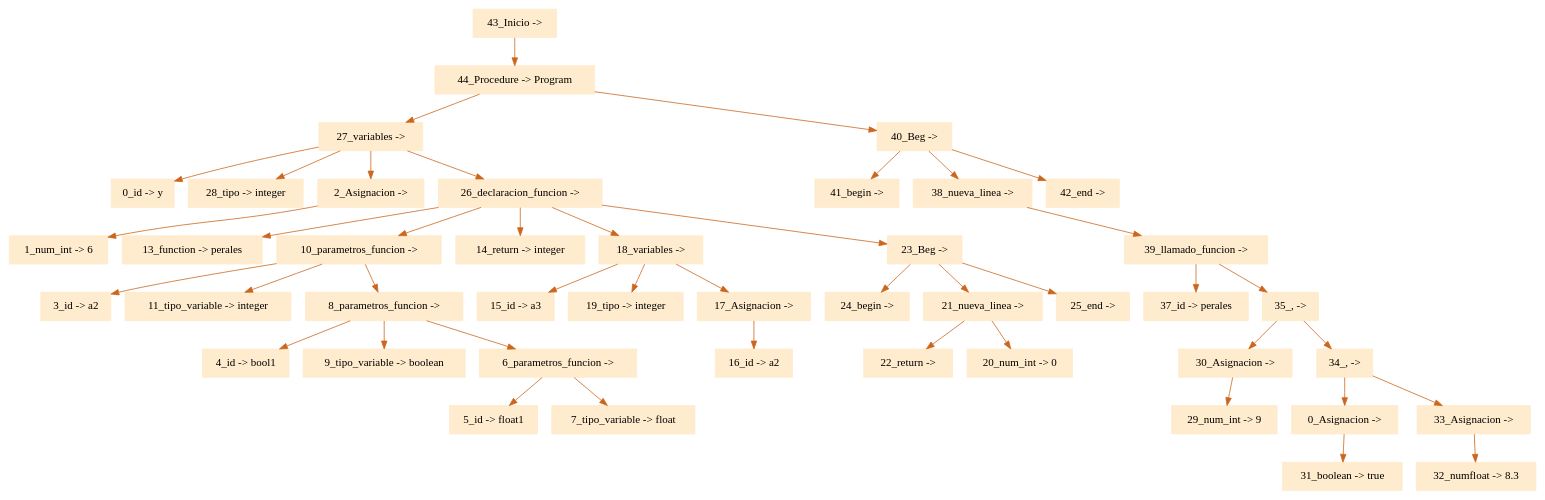
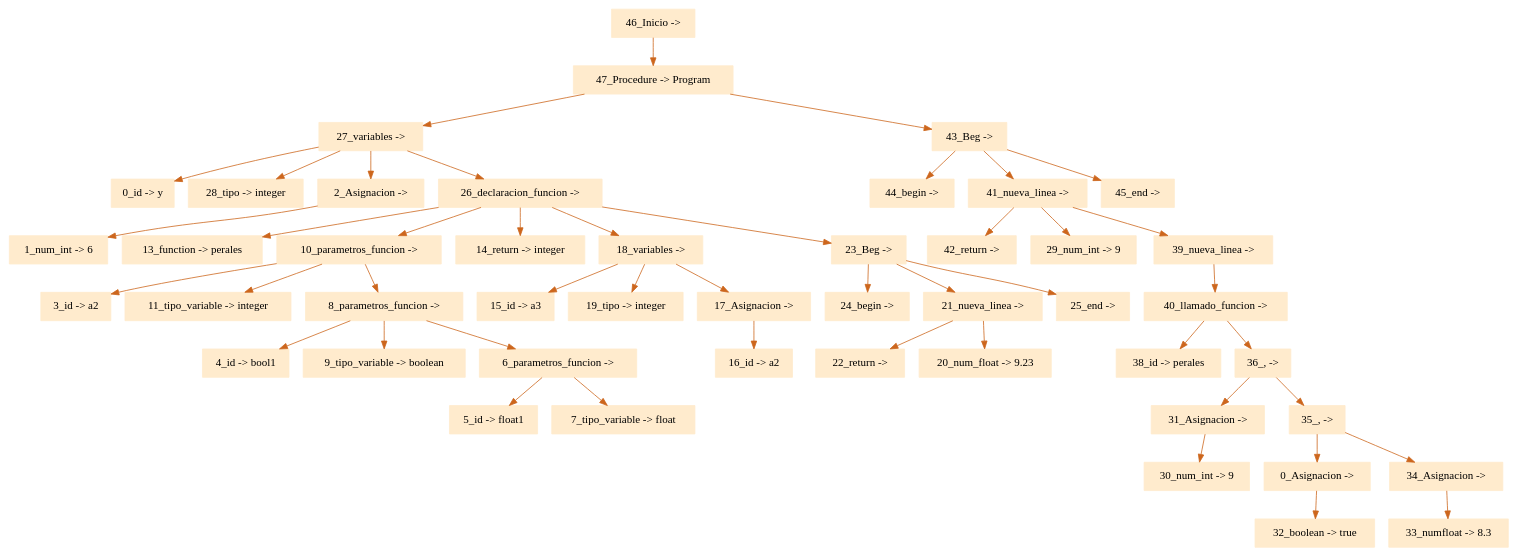
Before and after one commit to eliasgz97/Proyecto_Compiladores: the diagram in ProyectoCompiladores/arbol.dot, drawn with Graphviz. The commit also changed 3 other files, not shown here.

```diff
--- a/ProyectoCompiladores/arbol.dot
+++ b/ProyectoCompiladores/arbol.dot
@@ -1,48 +1,51 @@
 digraph G {node[shape=box, style=filled, color=blanchedalmond]; edge[color=chocolate3];rankdir=UD 
 
-"43_Inicio -> "->"44_Procedure -> Program"
-"44_Procedure -> Program"->"27_variables -> "
+"46_Inicio -> "->"47_Procedure -> Program"
+"47_Procedure -> Program"->"27_variables -> "
 "27_variables -> "->"0_id -> y"
 "27_variables -> "->"28_tipo -> integer"
 "27_variables -> "->"2_Asignacion -> "
 "2_Asignacion -> "->"1_num_int -> 6"
 "27_variables -> "->"26_declaracion_funcion -> "
 "26_declaracion_funcion -> "->"13_function -> perales"
 "26_declaracion_funcion -> "->"10_parametros_funcion -> "
 "10_parametros_funcion -> "->"3_id -> a2"
 "10_parametros_funcion -> "->"11_tipo_variable -> integer"
 "10_parametros_funcion -> "->"8_parametros_funcion -> "
 "8_parametros_funcion -> "->"4_id -> bool1"
 "8_parametros_funcion -> "->"9_tipo_variable -> boolean"
 "8_parametros_funcion -> "->"6_parametros_funcion -> "
 "6_parametros_funcion -> "->"5_id -> float1"
 "6_parametros_funcion -> "->"7_tipo_variable -> float"
 "26_declaracion_funcion -> "->"14_return -> integer"
 "26_declaracion_funcion -> "->"18_variables -> "
 "18_variables -> "->"15_id -> a3"
 "18_variables -> "->"19_tipo -> integer"
 "18_variables -> "->"17_Asignacion -> "
 "17_Asignacion -> "->"16_id -> a2"
 "26_declaracion_funcion -> "->"23_Beg -> "
 "23_Beg -> "->"24_begin -> "
 "23_Beg -> "->"21_nueva_linea -> "
 "21_nueva_linea -> "->"22_return -> "
-"21_nueva_linea -> "->"20_num_int -> 0"
+"21_nueva_linea -> "->"20_num_float -> 9.23"
 "23_Beg -> "->"25_end -> "
-"44_Procedure -> Program"->"40_Beg -> "
-"40_Beg -> "->"41_begin -> "
-"40_Beg -> "->"38_nueva_linea -> "
-"38_nueva_linea -> "->"39_llamado_funcion -> "
-"39_llamado_funcion -> "->"37_id -> perales"
-"39_llamado_funcion -> "->"35_, -> "
-"35_, -> "->"30_Asignacion -> "
-"30_Asignacion -> "->"29_num_int -> 9"
-"35_, -> "->"34_, -> "
-"34_, -> "->"0_Asignacion -> "
-"0_Asignacion -> "->"31_boolean -> true"
-"34_, -> "->"33_Asignacion -> "
-"33_Asignacion -> "->"32_numfloat -> 8.3"
-"40_Beg -> "->"42_end -> "
+"47_Procedure -> Program"->"43_Beg -> "
+"43_Beg -> "->"44_begin -> "
+"43_Beg -> "->"41_nueva_linea -> "
+"41_nueva_linea -> "->"42_return -> "
+"41_nueva_linea -> "->"29_num_int -> 9"
+"41_nueva_linea -> "->"39_nueva_linea -> "
+"39_nueva_linea -> "->"40_llamado_funcion -> "
+"40_llamado_funcion -> "->"38_id -> perales"
+"40_llamado_funcion -> "->"36_, -> "
+"36_, -> "->"31_Asignacion -> "
+"31_Asignacion -> "->"30_num_int -> 9"
+"36_, -> "->"35_, -> "
+"35_, -> "->"0_Asignacion -> "
+"0_Asignacion -> "->"32_boolean -> true"
+"35_, -> "->"34_Asignacion -> "
+"34_Asignacion -> "->"33_numfloat -> 8.3"
+"43_Beg -> "->"45_end -> "
 
 
 }
```
